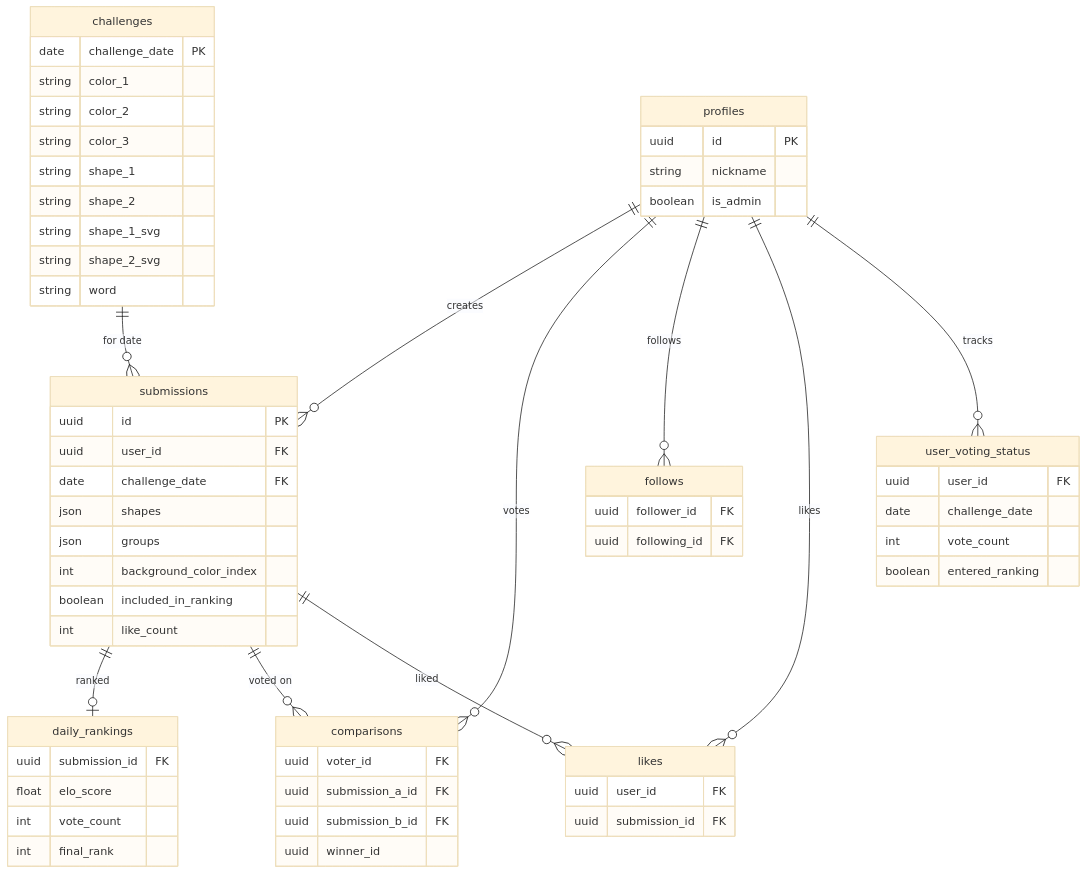
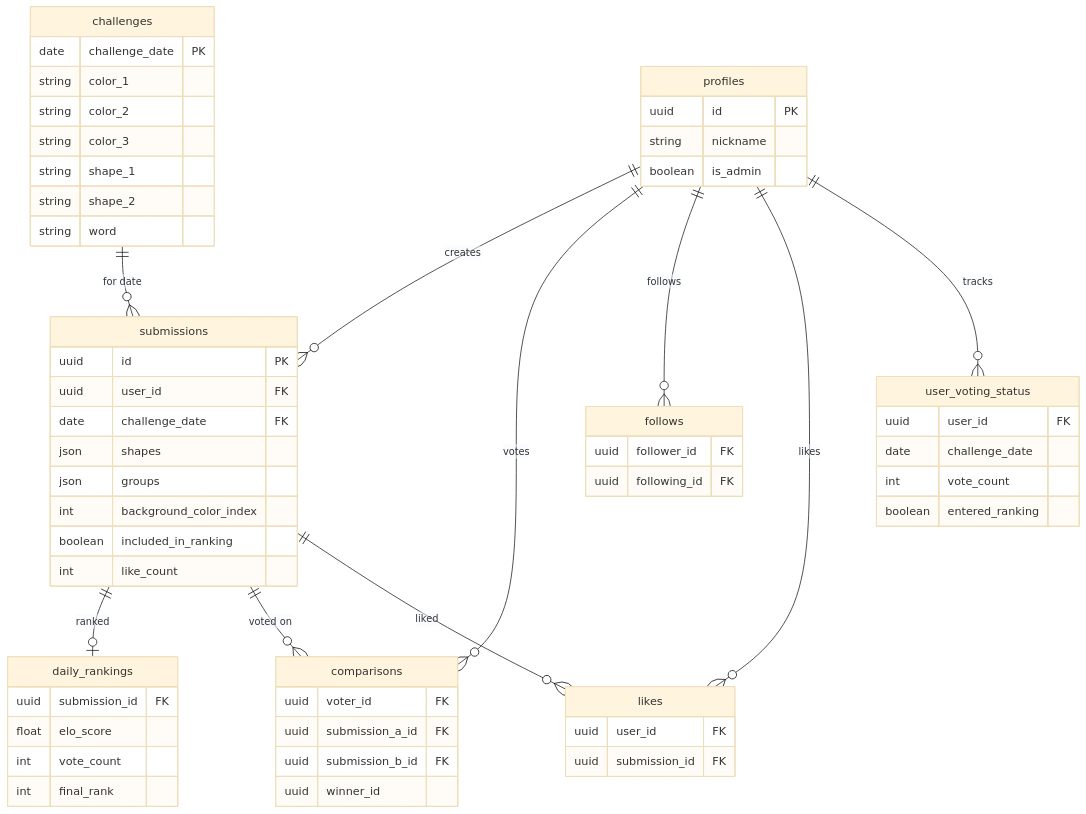
Before and after one commit to cchaglund/2-colors-2-shapes: the seventh of 7 diagrams in ARCHITECTURE.md, drawn with Mermaid (base theme). The commit also changed 20 other files, not shown here.

````diff
--- a/ARCHITECTURE.md
+++ b/ARCHITECTURE.md
@@ -283,72 +283,70 @@
 ```mermaid
 erDiagram
     challenges {
         date challenge_date PK
         string color_1
         string color_2
         string color_3
         string shape_1
         string shape_2
-        string shape_1_svg
-        string shape_2_svg
         string word
     }
 
     profiles {
         uuid id PK
         string nickname
         boolean is_admin
     }
 
     submissions {
         uuid id PK
         uuid user_id FK
         date challenge_date FK
         json shapes
         json groups
         int background_color_index
         boolean included_in_ranking
         int like_count
     }
 
     daily_rankings {
         uuid submission_id FK
         float elo_score
         int vote_count
         int final_rank
     }
 
     comparisons {
         uuid voter_id FK
         uuid submission_a_id FK
         uuid submission_b_id FK
         uuid winner_id
     }
 
     user_voting_status {
         uuid user_id FK
         date challenge_date
         int vote_count
         boolean entered_ranking
     }
 
     follows {
         uuid follower_id FK
         uuid following_id FK
     }
 
     likes {
         uuid user_id FK
         uuid submission_id FK
     }
 
     profiles ||--o{ submissions : creates
     challenges ||--o{ submissions : "for date"
     submissions ||--o| daily_rankings : ranked
     submissions ||--o{ comparisons : "voted on"
     profiles ||--o{ comparisons : votes
     profiles ||--o{ follows : follows
     profiles ||--o{ likes : likes
     submissions ||--o{ likes : liked
     profiles ||--o{ user_voting_status : tracks
 ```
````
